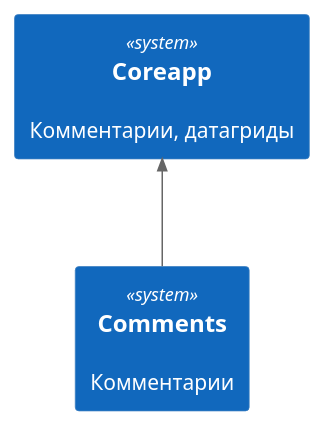
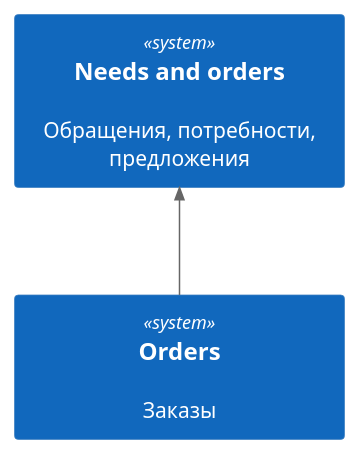
One commit to lulya31/some changed the diagram in static/05_01_03_04_img/orders.puml. Above: the diagram before and after it, drawn with PlantUML. The commit also changed other lines of this file and 103 other files, not shown here.

```diff
--- a/static/05_01_03_04_img/orders.puml
+++ b/static/05_01_03_04_img/orders.puml
@@ -4,34 +4,19 @@
 @startuml
 
 '!include https://raw.githubusercontent.com/plantuml-stdlib/C4-PlantUML/master/C4_Context.puml
 
-' uncomment the following line and comment the first to use locally
-' !include C4_Context.puml
-
 !include static/includes/c4_context.puml
 !include static/includes/c4_container.puml
 
-'left to right direction
-
 'skinparam svgLinkTarget _blank
 skinparam backgroundcolor transparent
-
-<style>
-System {
-    MinimumWidth 300
-    MinimumHeight 150
-}
-</style>
+skinparam minClassWidth 200
 
 LAYOUT_TOP_DOWN()
 
-'LAYOUT_AS_SKETCH()
-'LAYOUT_WITH_LEGEND()
-'LAYOUT_LANDSCAPE()
+System(needs_and_orders, "Needs and orders", "Обращения, потребности, предложения", $link="/05_c4/01_core/03_needs_and_orders/")
+System(orders, "Orders", "Заказы")
 
-System(coreapp, "Coreapp", "Комментарии, датагриды", $link="/05_c4/01_core/01_coreapp/")
-System(comments, "Comments", "Комментарии")
-
-Rel_U(comments, coreapp, "")
+Rel_U(orders, needs_and_orders, "")
 
 @enduml
```
